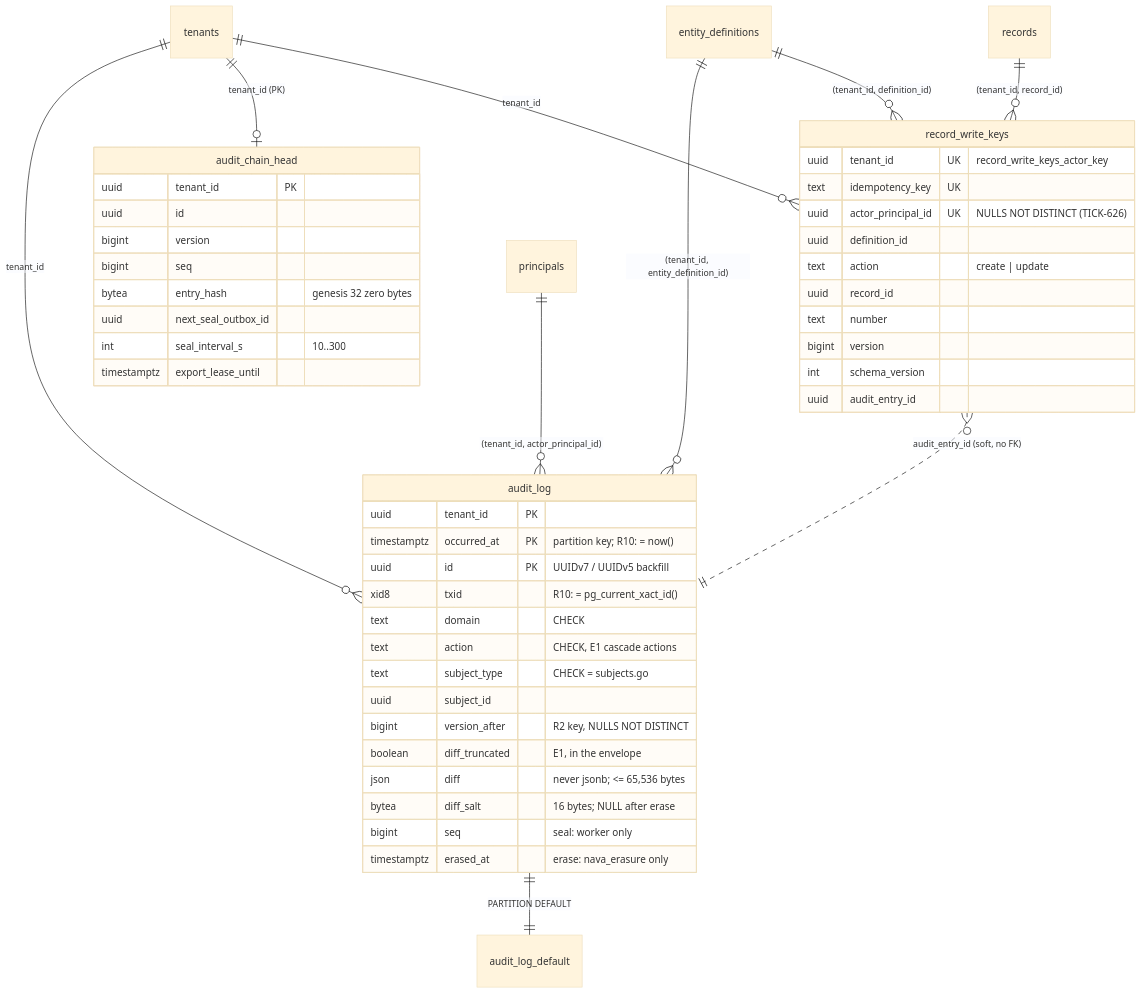
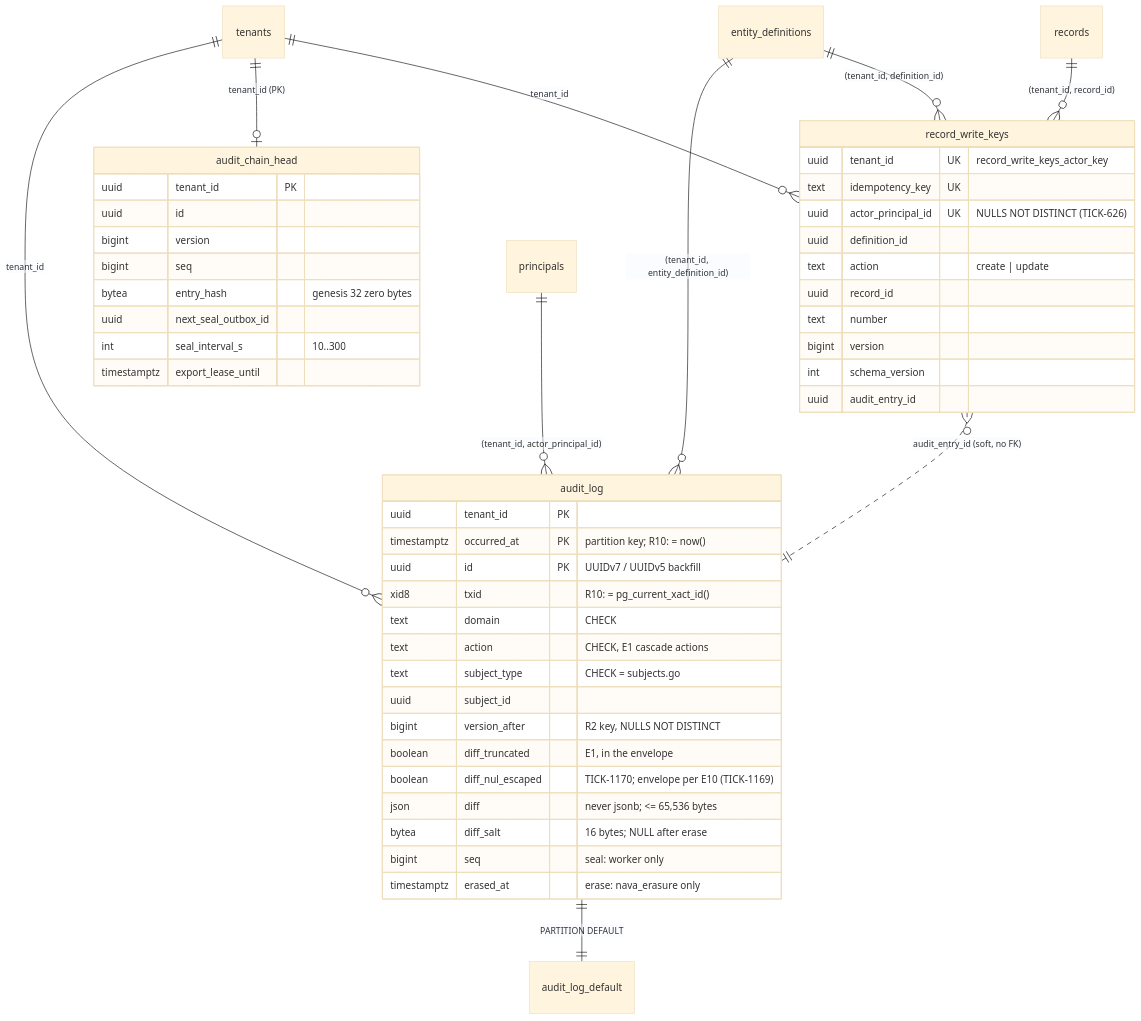
Before and after one commit to Navaladi2019/TicketingSystem: the first of 3 diagrams in docs/data/audit-log.md, drawn with Mermaid (base theme). The commit also changed other lines of this file and 10 other files, not shown here.

First line of the commit message:
TICK-1170: audit_log.diff_nul_escaped column, grants, Entry field (step 1)

````diff
--- a/docs/data/audit-log.md
+++ b/docs/data/audit-log.md
@@ -9,50 +9,51 @@
 ```mermaid
 erDiagram
     tenants ||--o{ audit_log : "tenant_id"
     tenants ||--o| audit_chain_head : "tenant_id (PK)"
     tenants ||--o{ record_write_keys : "tenant_id"
     entity_definitions ||--o{ audit_log : "(tenant_id, entity_definition_id)"
     principals ||--o{ audit_log : "(tenant_id, actor_principal_id)"
     records ||--o{ record_write_keys : "(tenant_id, record_id)"
     entity_definitions ||--o{ record_write_keys : "(tenant_id, definition_id)"
     record_write_keys }o..|| audit_log : "audit_entry_id (soft, no FK)"
     audit_log ||--|| audit_log_default : "PARTITION DEFAULT"
     audit_log {
         uuid tenant_id PK
         timestamptz occurred_at PK "partition key; R10: = now()"
         uuid id PK "UUIDv7 / UUIDv5 backfill"
         xid8 txid "R10: = pg_current_xact_id()"
         text domain "CHECK"
         text action "CHECK, E1 cascade actions"
         text subject_type "CHECK = subjects.go"
         uuid subject_id
         bigint version_after "R2 key, NULLS NOT DISTINCT"
         boolean diff_truncated "E1, in the envelope"
+        boolean diff_nul_escaped "TICK-1170; envelope per E10 (TICK-1169)"
         json diff "never jsonb; <= 65,536 bytes"
         bytea diff_salt "16 bytes; NULL after erase"
         bigint seq "seal: worker only"
         timestamptz erased_at "erase: nava_erasure only"
     }
     audit_chain_head {
         uuid tenant_id PK
         uuid id
         bigint version
         bigint seq
         bytea entry_hash "genesis 32 zero bytes"
         uuid next_seal_outbox_id
         int seal_interval_s "10..300"
         timestamptz export_lease_until
     }
     record_write_keys {
         uuid tenant_id UK "record_write_keys_actor_key"
         text idempotency_key UK
         uuid actor_principal_id UK "NULLS NOT DISTINCT (TICK-626)"
         uuid definition_id
         text action "create | update"
         uuid record_id
         text number
         bigint version
         int schema_version
         uuid audit_entry_id
     }
 ```
````
